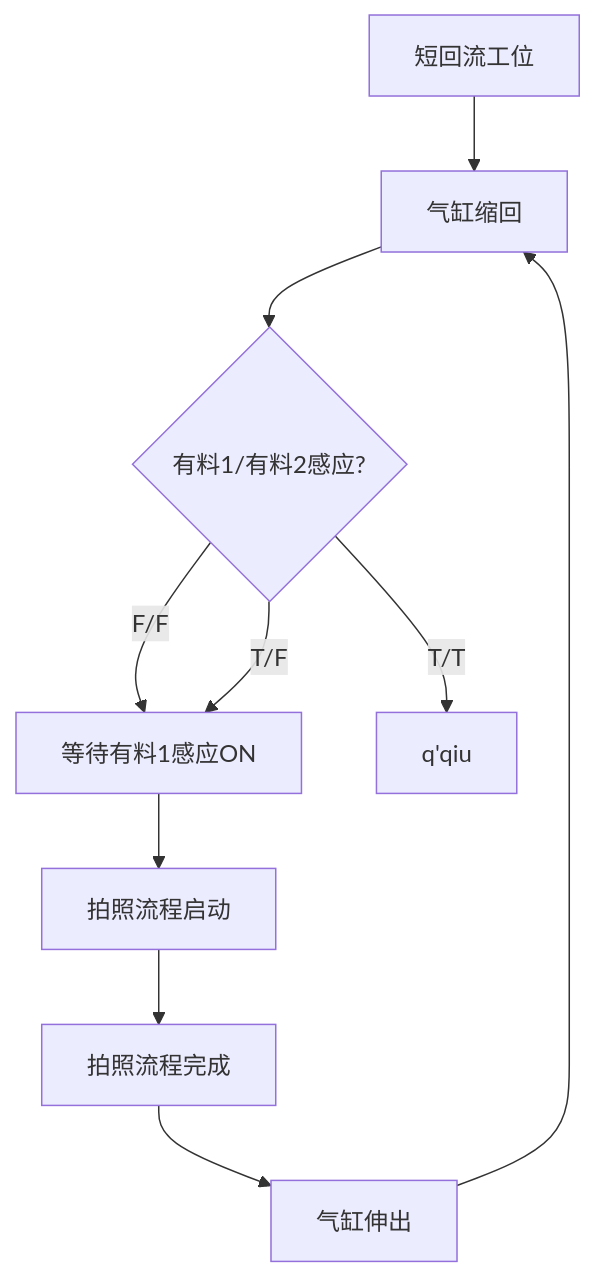
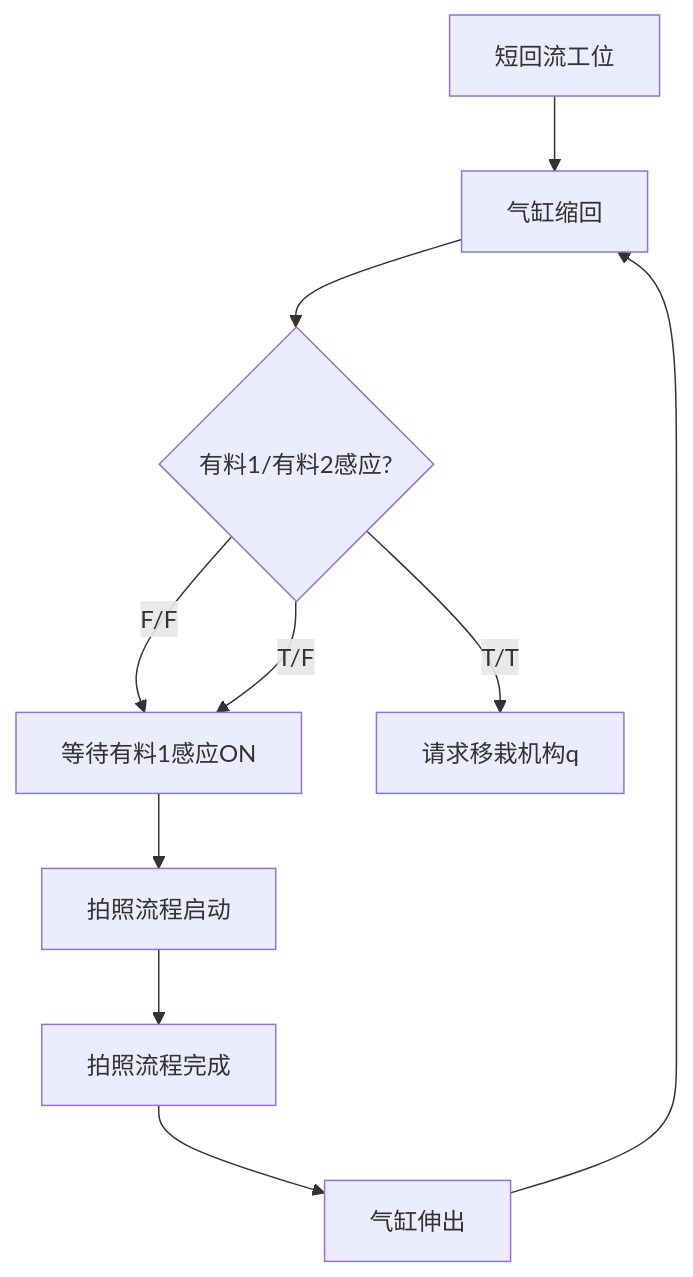
One commit to zmq000/iodraw-files changed the diagram in all/未命名.md. Above: the diagram before and after it, drawn with Mermaid.

Commit message:
2026-06-17 21:00:04 update

````diff
--- a/all/未命名.md
+++ b/all/未命名.md
@@ -1,14 +1,14 @@
 ```mermaid
 graph TD
 0[短回流工位]-->10
 10[气缸缩回]-->20
 20{有料1/有料2感应?}-->|F/F|30
 20-->|T/F|30
 20-->|T/T|100
 30[等待有料1感应ON]-->40
 40[拍照流程启动]-->50
 50[拍照流程完成]-->60
 60[气缸伸出]-->10
 
-100[q'qiu]
+100[请求移栽机构q]
 ```
````
